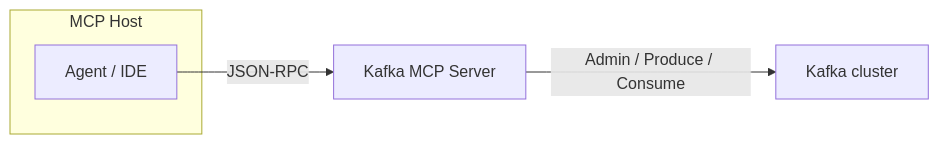
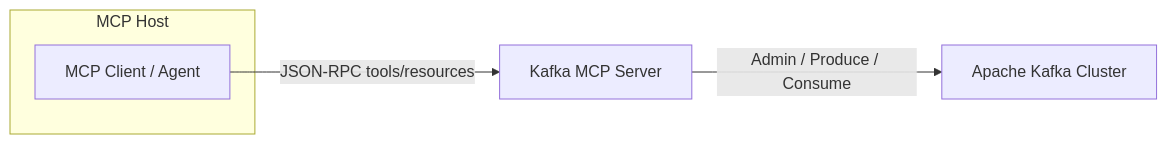
The second of 3 diagrams in doc/architecture.md (vaquarkhan/kafka-mcp-enterprise-server), drawn with Mermaid before and after one commit. The commit also changed other lines of this file and 44 other files, not shown here.

````diff
--- a/doc/architecture.md
+++ b/doc/architecture.md
@@ -5,10 +33,10 @@
 ```mermaid
 flowchart LR
   subgraph Host["MCP Host"]
-    Agent["Agent / IDE"]
+    Client["MCP Client / Agent"]
   end
-  Srv["Kafka MCP Server"]
-  Kafka["Kafka cluster"]
-  Agent -->|"JSON-RPC"| Srv
-  Srv -->|"Admin / Produce / Consume"| Kafka
+  Server["Kafka MCP Server"]
+  Kafka["Apache Kafka Cluster"]
+  Client -->|"JSON-RPC tools/resources"| Server
+  Server -->|"Admin / Produce / Consume"| Kafka
 ```
````
